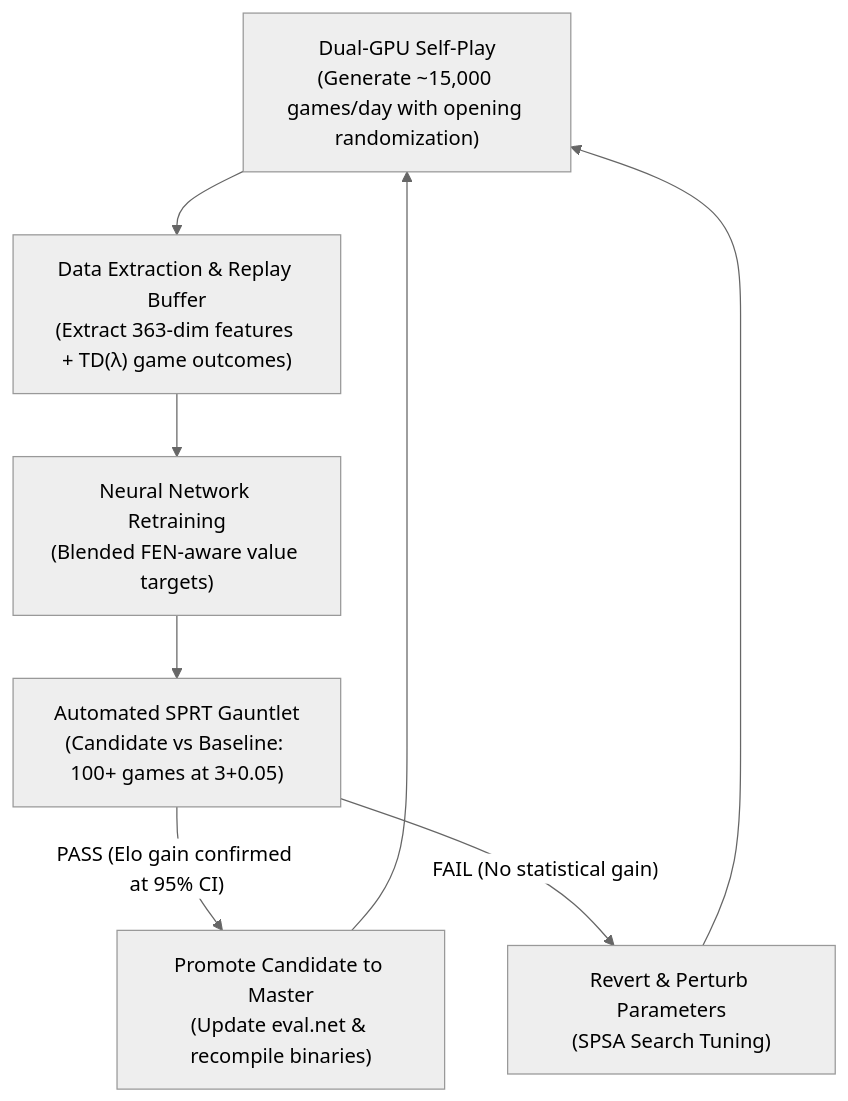
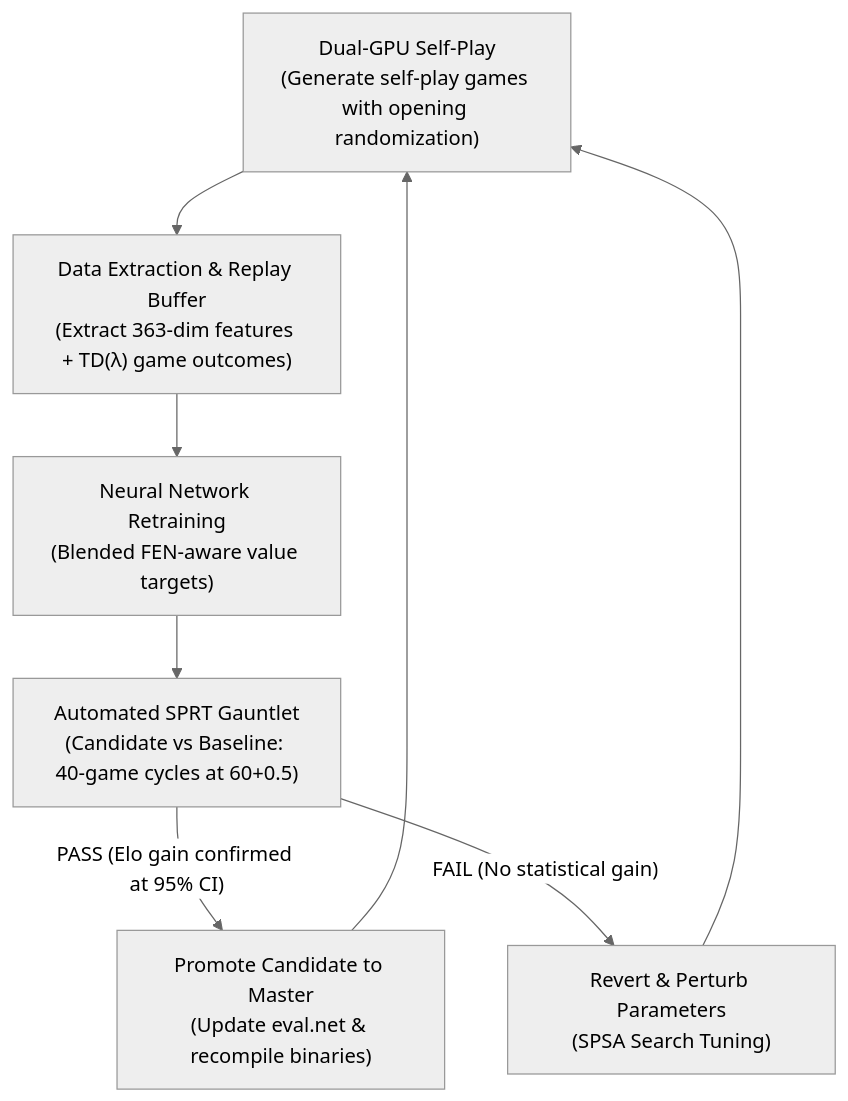
One commit to tedsummers/GiraffeGPU changed the diagram in README.md. Above: the diagram before and after it, drawn with Mermaid (neutral theme). The commit also changed other lines of this file and 25 other files, not shown here.

Commit message:
Optimize dual-GPU multi-stream search, Syzygy probing, time management, and training pipeline

````diff
--- a/README.md
+++ b/README.md
@@ -323,10 +324,10 @@
 ```mermaid
 flowchart TD
-    A["Dual-GPU Self-Play\n(Generate ~15,000 games/day with opening randomization)"] --> B["Data Extraction & Replay Buffer\n(Extract 363-dim features + TD(λ) game outcomes)"]
+    A["Dual-GPU Self-Play\n(Generate self-play games with opening randomization)"] --> B["Data Extraction & Replay Buffer\n(Extract 363-dim features + TD(λ) game outcomes)"]
     B --> C["Neural Network Retraining\n(Blended FEN-aware value targets)"]
-    C --> D["Automated SPRT Gauntlet\n(Candidate vs Baseline: 100+ games at 3+0.05)"]
+    C --> D["Automated SPRT Gauntlet\n(Candidate vs Baseline: 40-game cycles at 60+0.5)"]
     D -- "PASS (Elo gain confirmed at 95% CI)" --> E["Promote Candidate to Master\n(Update eval.net & recompile binaries)"]
     D -- "FAIL (No statistical gain)" --> F["Revert & Perturb Parameters\n(SPSA Search Tuning)"]
     E --> A
     F --> A
 ```
````
